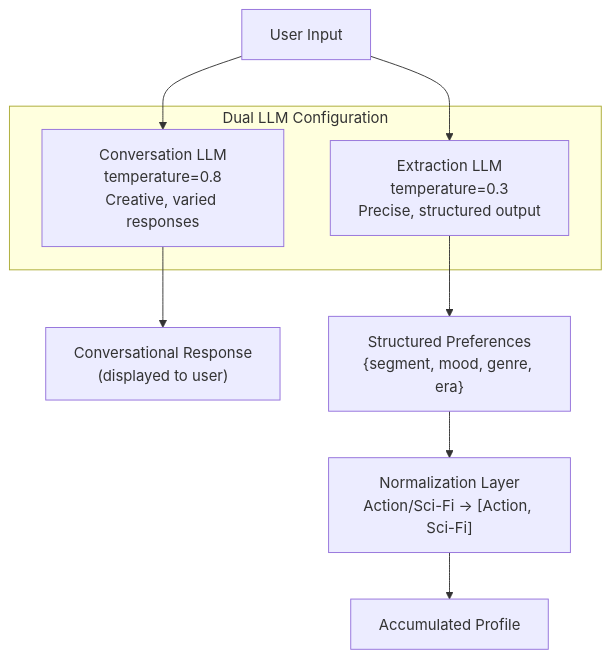
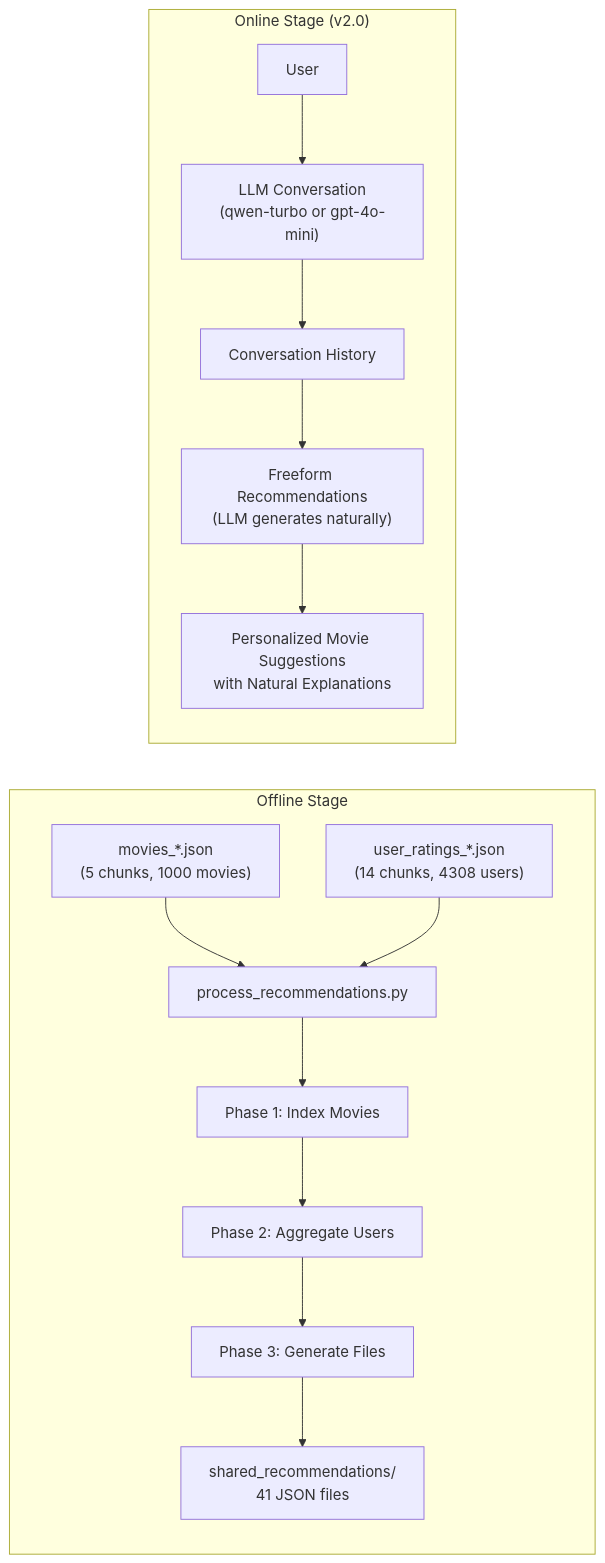
Before and after one commit to keith-leung/COMP713-recm-system: the fourth of 6 diagrams in REPORT.md, drawn with Mermaid. The commit also changed other lines of this file and 9 other files, not shown here.

````diff
--- a/REPORT.md
+++ b/REPORT.md
@@ -149,14 +134,18 @@
 ```mermaid
-flowchart TD
-    subgraph LLM_CONFIG["Dual LLM Configuration"]
-        CONV["Conversation LLM<br/>temperature=0.8<br/>Creative, varied responses"]
-        EXTRACT["Extraction LLM<br/>temperature=0.3<br/>Precise, structured output"]
+flowchart LR
+    subgraph OFFLINE["Offline Stage"]
+        M["movies_*.json<br/>(5 chunks, 1000 movies)"] --> P["process_recommendations.py"]
+        U["user_ratings_*.json<br/>(14 chunks, 4308 users)"] --> P
+        P --> S1["Phase 1: Index Movies"]
+        S1 --> S2["Phase 2: Aggregate Users"]
+        S2 --> S3["Phase 3: Generate Files"]
+        S3 --> R["shared_recommendations/<br/>41 JSON files"]
     end
 
-    USER["User Input"] --> CONV
-    CONV --> RESP["Conversational Response<br/>(displayed to user)"]
-    USER --> EXTRACT
-    EXTRACT --> PREFS["Structured Preferences<br/>{segment, mood, genre, era}"]
-    PREFS --> NORM["Normalization Layer<br/>Action/Sci-Fi -> [Action, Sci-Fi]"]
-    NORM --> MERGE["Accumulated Profile"]
+    subgraph ONLINE["Online Stage (v2.0)"]
+        USER["User"] --> LLM["LLM Conversation<br/>(qwen-turbo or gpt-4o-mini)"]
+        LLM --> HISTORY["Conversation History"]
+        HISTORY --> FREEFORM["Freeform Recommendations<br/>(LLM generates naturally)"]
+        FREEFORM --> REC["Personalized Movie Suggestions<br/>with Natural Explanations"]
+    end
 ```
````
